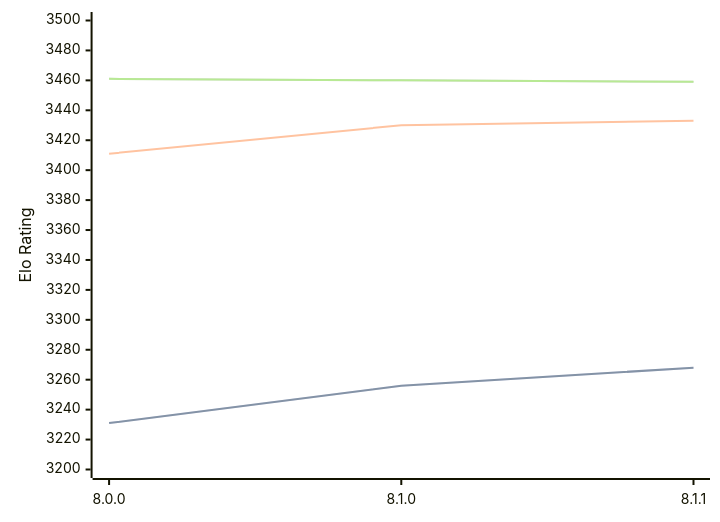
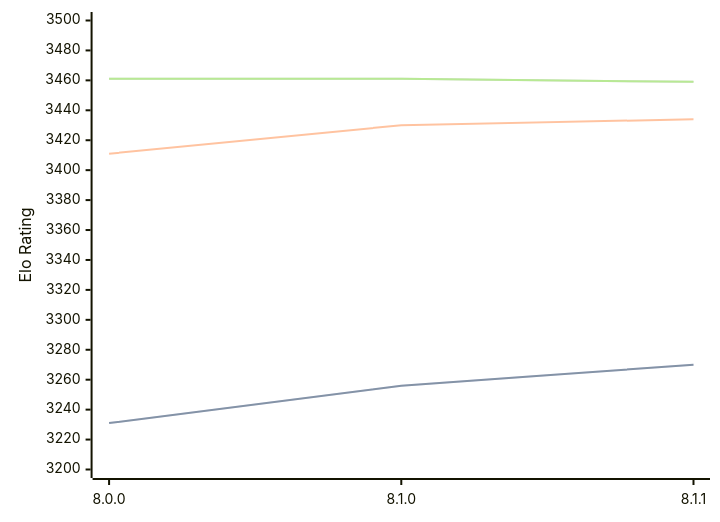
One commit to computer-chess-index/cci changed the first of 3 diagrams in engines/Velvet.md. Above: the diagram before and after it, drawn with Mermaid. The commit also changed other lines of this file, not shown here.

Commit message:
Update CCI Ratings (ELO VLTC) - 2026-07-13

````diff
--- a/engines/Velvet.md
+++ b/engines/Velvet.md
@@ -57,11 +57,11 @@
 ```mermaid
 %%{init: {"theme":"base","themeVariables":{"seriesColors:['#a3a3a3','#222221','#faa371']}}}%%
 xychart-beta
   x-axis ["8.0.0", "8.1.0", "8.1.1"]
   y-axis "Elo Rating" 3200 --> 3500
-  line "STC (8.0+0.08s)" [3231, 3256, 3268]
-  line "STC (8.0+0.08s)" [3231, 3256, 3268]
-  line "LTC (60.0+0.60s)" [3411, 3430, 3433]
-  line "VLTC (2m24s+1.12s)" [3461, 3460, 3459]
-  line "VLTC (2m24s+1.12s)" [3461, 3460, 3459]
+  line "STC (8.0+0.08s)" [3231, 3256, 3270]
+  line "STC (8.0+0.08s)" [3231, 3256, 3270]
+  line "LTC (60.0+0.60s)" [3411, 3430, 3434]
+  line "VLTC (2m24s+1.12s)" [3461, 3461, 3459]
+  line "VLTC (2m24s+1.12s)" [3461, 3461, 3459]
 ```
````
